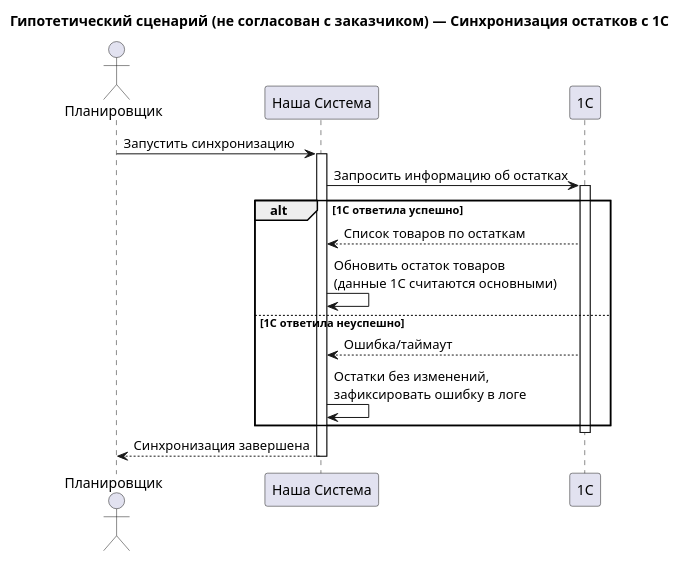
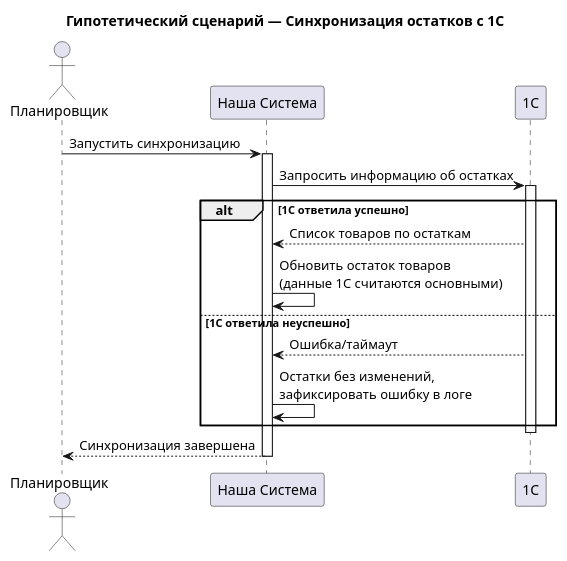
Before and after one commit to temakrkz/Pet-project-SA: the diagram in docs/07-api/sequence_1c_sync_hypothetical.puml, drawn with PlantUML.

```diff
--- a/docs/07-api/sequence_1c_sync_hypothetical.puml
+++ b/docs/07-api/sequence_1c_sync_hypothetical.puml
@@ -1,22 +1,22 @@
 @startuml
-title Гипотетический сценарий (не согласован с заказчиком) — Синхронизация остатков с 1С
+title Гипотетический сценарий — Синхронизация остатков с 1С
 
 actor "Планировщик" as Cron
 participant "Наша Система" as System
 participant "1C" as OneC
 
 Cron -> System: Запустить синхронизацию
 activate System
 System -> OneC: Запросить информацию об остатках
 activate OneC
 alt 1C ответила успешно
    OneC --> System: Список товаров по остаткам
    System -> System: Обновить остаток товаров\n(данные 1С считаются основными)
 else 1С ответила неуспешно
    OneC --> System: Ошибка/таймаут
    System -> System: Остатки без изменений,\nзафиксировать ошибку в логе
 end
 deactivate OneC
 System --> Cron: Синхронизация завершена
 deactivate System
 @enduml
```
